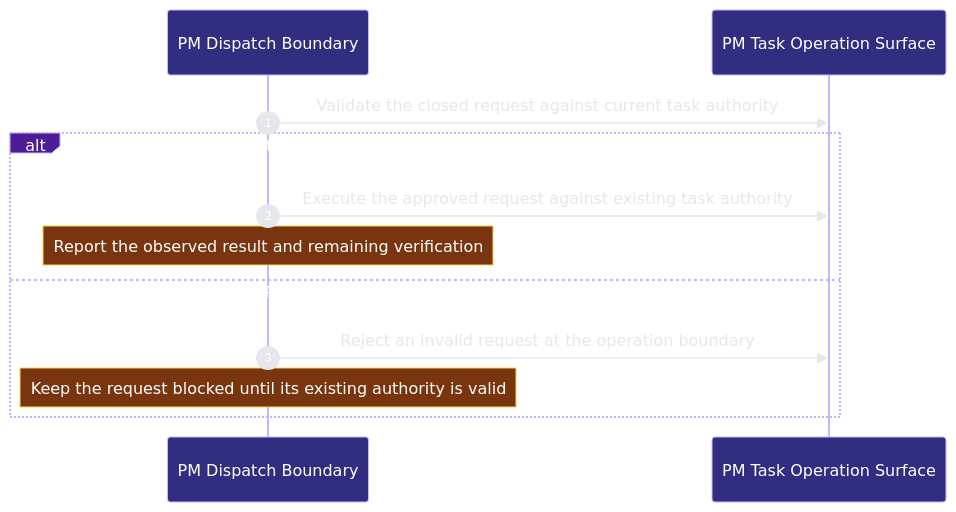
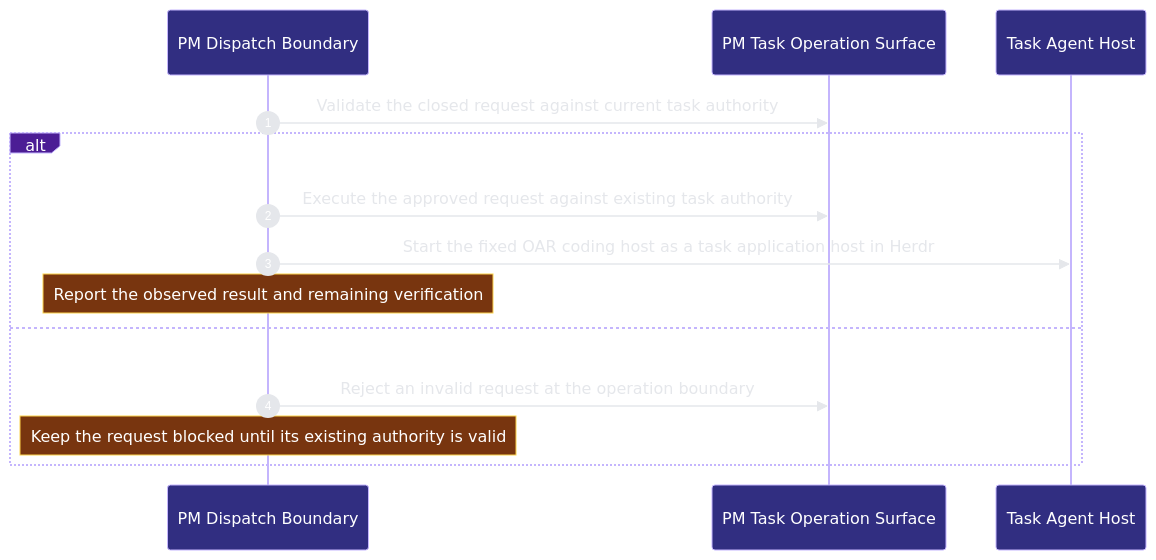
The second of 2 diagrams in docs/architecture/modules/runtime-harness/pm-dispatch.md (Ancienttwo/repo-harness), drawn with Mermaid before and after one commit. The commit also changed other lines of this file and 54 other files, not shown here.

````diff
--- a/docs/architecture/modules/runtime-harness/pm-dispatch.md
+++ b/docs/architecture/modules/runtime-harness/pm-dispatch.md
@@ -57,15 +63,17 @@
 ```mermaid
 %%{init: {"theme":"base","themeVariables":{"background":"#0d1117","actorBkg":"#312e81","actorBorder":"#c4b5fd","actorTextColor":"#ffffff","signalColor":"#e5e7eb","signalTextColor":"#e5e7eb","labelBoxBkgColor":"#4c1d95","labelBoxBorderColor":"#c4b5fd","labelTextColor":"#ffffff","noteBkgColor":"#78350f","noteBorderColor":"#fcd34d","noteTextColor":"#ffffff","sequenceNumberColor":"#ffffff"}}}%%
 sequenceDiagram
   autonumber
   participant p2_pm_440be87a as PM Dispatch Boundary
   participant p2_operation_063bd517 as PM Task Operation Surface
+  participant p2_host_e62c1c09 as Task Agent Host
   p2_pm_440be87a->>p2_operation_063bd517: Validate the closed request against current task authority
   alt Return task observations or a request-bound result
   p2_pm_440be87a->>p2_operation_063bd517: Execute the approved request against existing task authority
+  p2_pm_440be87a->>p2_host_e62c1c09: Start the fixed OAR coding host as a task application host in Herdr
     Note over p2_pm_440be87a: Report the observed result and remaining verification
   else Reject an invalid or unapproved request
   p2_pm_440be87a->>p2_operation_063bd517: Reject an invalid request at the operation boundary
     Note over p2_pm_440be87a: Keep the request blocked until its existing authority is valid
   end
 ```
````
